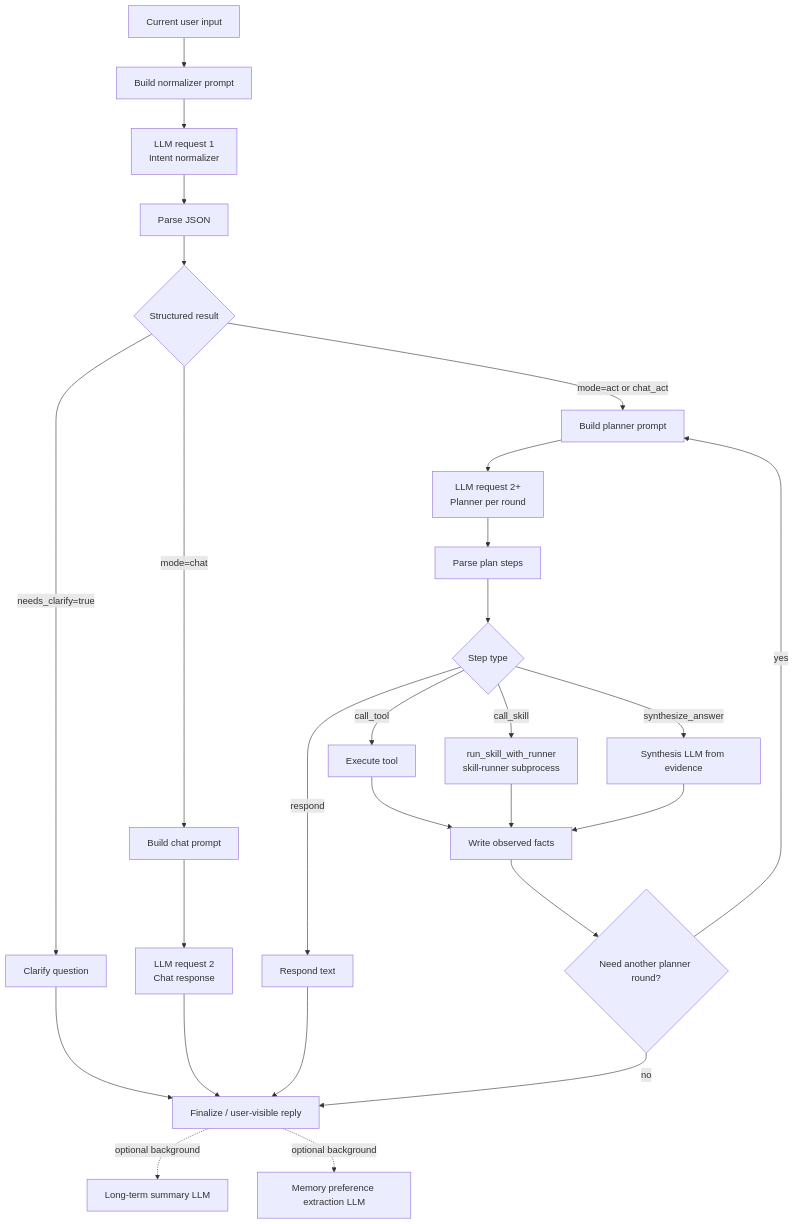
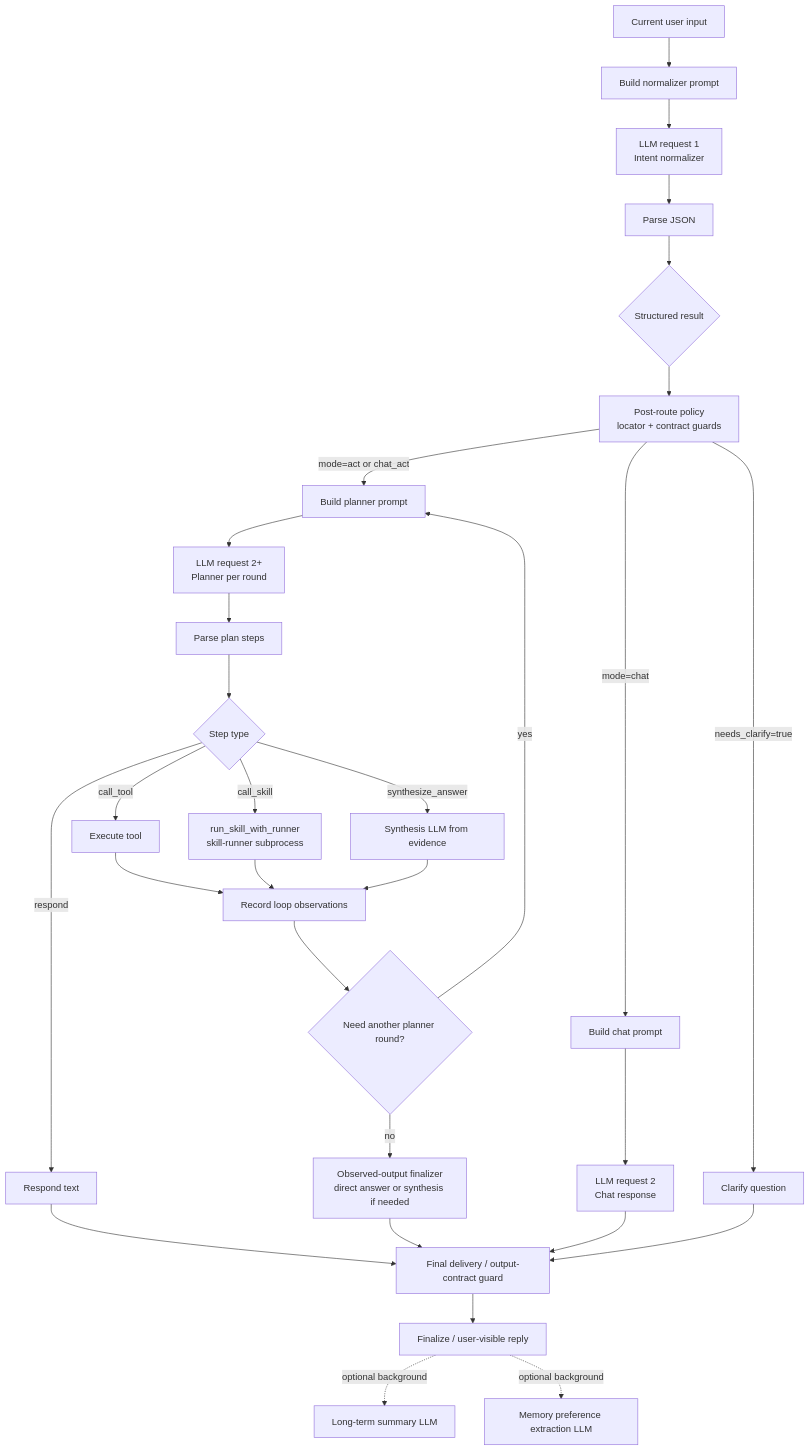
Before and after one commit to MatrixCoreX/RustClaw: the second of 2 diagrams in README.md, drawn with Mermaid. The commit also changed other lines of this file and 1 other file, not shown here.

Commit message:
docs: update planner-first architecture diagrams

````diff
--- a/README.md
+++ b/README.md
@@ -74,29 +80,32 @@
 ```mermaid
 flowchart TD
     A[Current user input] --> B[Build normalizer prompt]
     B --> C[LLM request 1<br/>Intent normalizer]
     C --> D[Parse JSON]
     D --> E{Structured result}
-    E -->|needs_clarify=true| F[Clarify question]
-    E -->|mode=chat| G[Build chat prompt]
-    E -->|mode=act or chat_act| H[Build planner prompt]
+    E --> E2[Post-route policy<br/>locator + contract guards]
+    E2 -->|needs_clarify=true| F[Clarify question]
+    E2 -->|mode=chat| G[Build chat prompt]
+    E2 -->|mode=act or chat_act| H[Build planner prompt]
     G --> Ic[LLM request 2<br/>Chat response]
-    Ic --> S[Finalize / user-visible reply]
-    F --> S
     H --> Ip[LLM request 2+<br/>Planner per round]
     Ip --> J[Parse plan steps]
     J --> K{Step type}
     K -->|respond| L[Respond text]
     K -->|call_tool| M[Execute tool]
     K -->|call_skill| Ms[run_skill_with_runner<br/>skill-runner subprocess]
     K -->|synthesize_answer| N[Synthesis LLM from evidence]
-    M --> O[Write observed facts]
+    M --> O[Record loop observations]
     Ms --> O
     N --> O
     O --> P{Need another planner round?}
     P -->|yes| H
-    P -->|no| S
-    L --> S
+    P -->|no| Q[Observed-output finalizer<br/>direct answer or synthesis if needed]
+    L --> R[Final delivery / output-contract guard]
+    Q --> R
+    Ic --> R
+    F --> R
+    R --> S[Finalize / user-visible reply]
     S -. optional background .-> T[Long-term summary LLM]
     S -. optional background .-> U[Memory preference extraction LLM]
 ```
````
